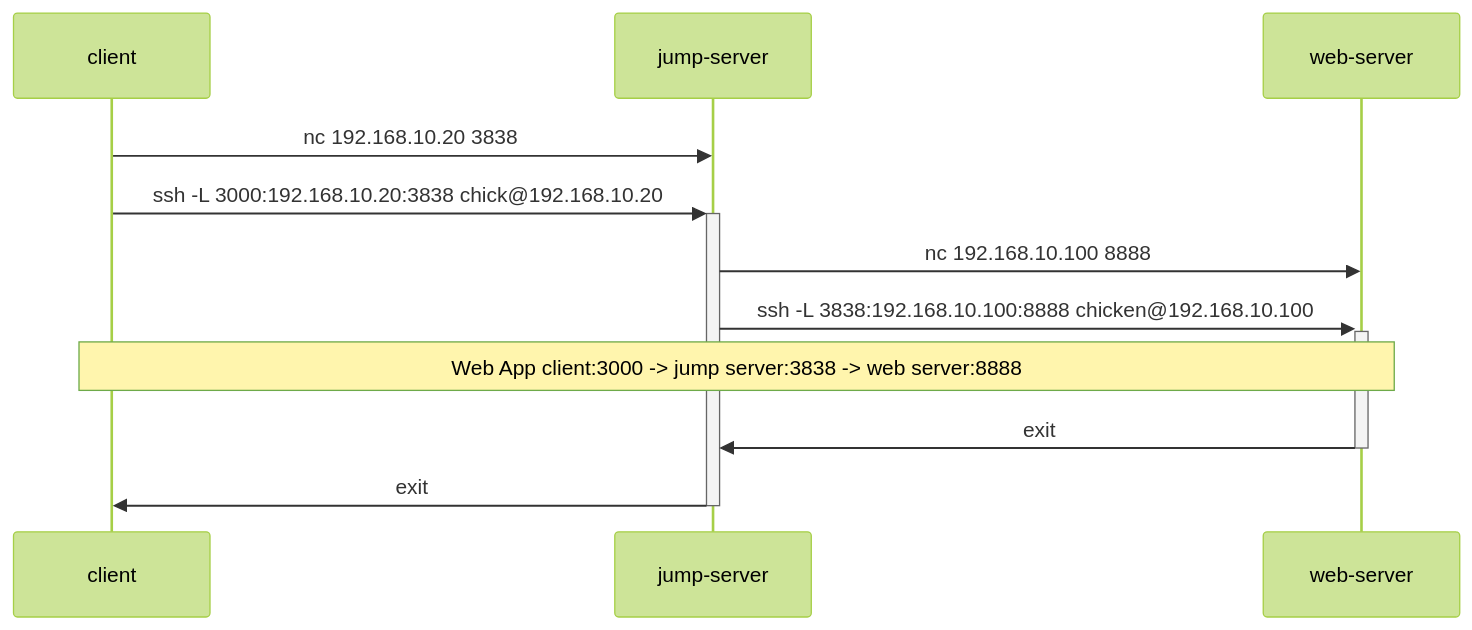
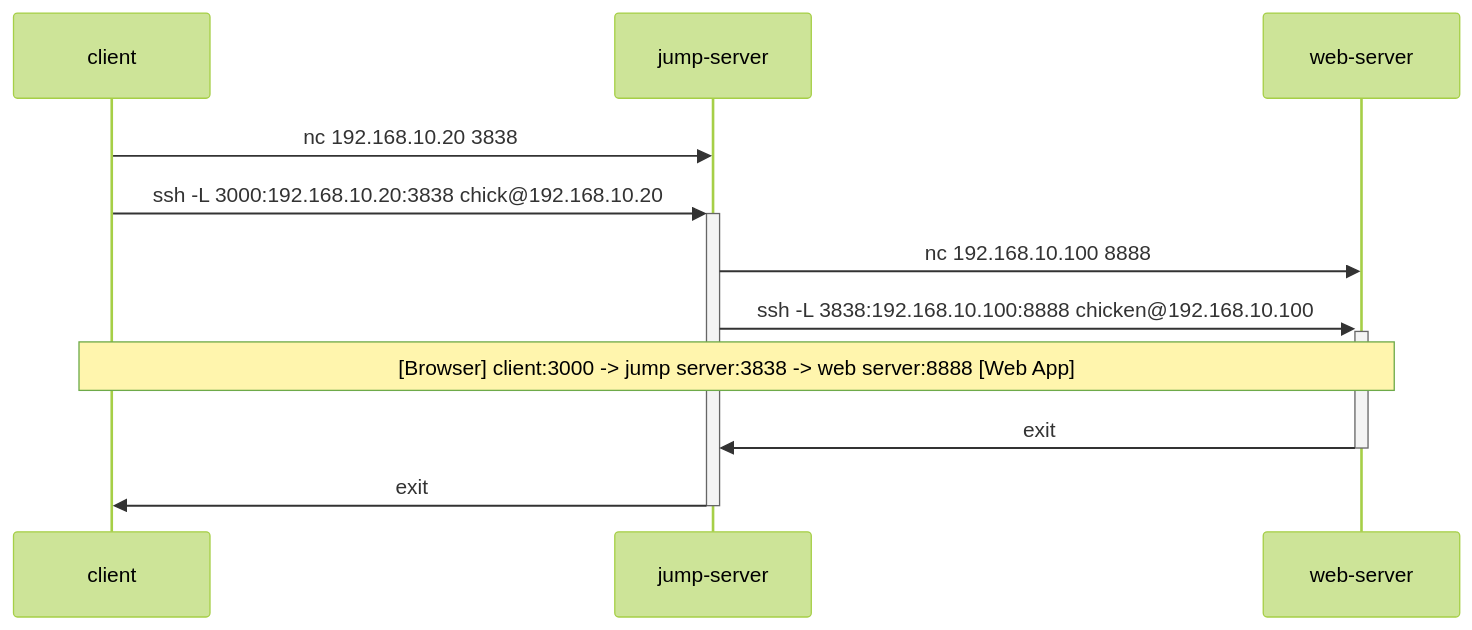
Before and after one commit to qwasium/ssh-memo: the first of 2 diagrams in local-port-forward.md, drawn with Mermaid (forest theme).

````diff
--- a/local-port-forward.md
+++ b/local-port-forward.md
@@ -37,10 +37,10 @@
 ```mermaid
 sequenceDiagram
   client ->> jump-server: nc 192.168.10.20 3838
   client ->> +jump-server: ssh -L 3000:192.168.10.20:3838 chick@192.168.10.20
   jump-server ->> web-server: nc 192.168.10.100 8888
   jump-server ->> +web-server: ssh -L 3838:192.168.10.100:8888 chicken@192.168.10.100
-  Note over client,web-server: Web App client:3000 -> jump server:3838 -> web server:8888
+  Note over client,web-server: [Browser] client:3000 -> jump server:3838 -> web server:8888 [Web App]
   web-server ->> -jump-server: exit
   jump-server ->> -client: exit
 ```
````
